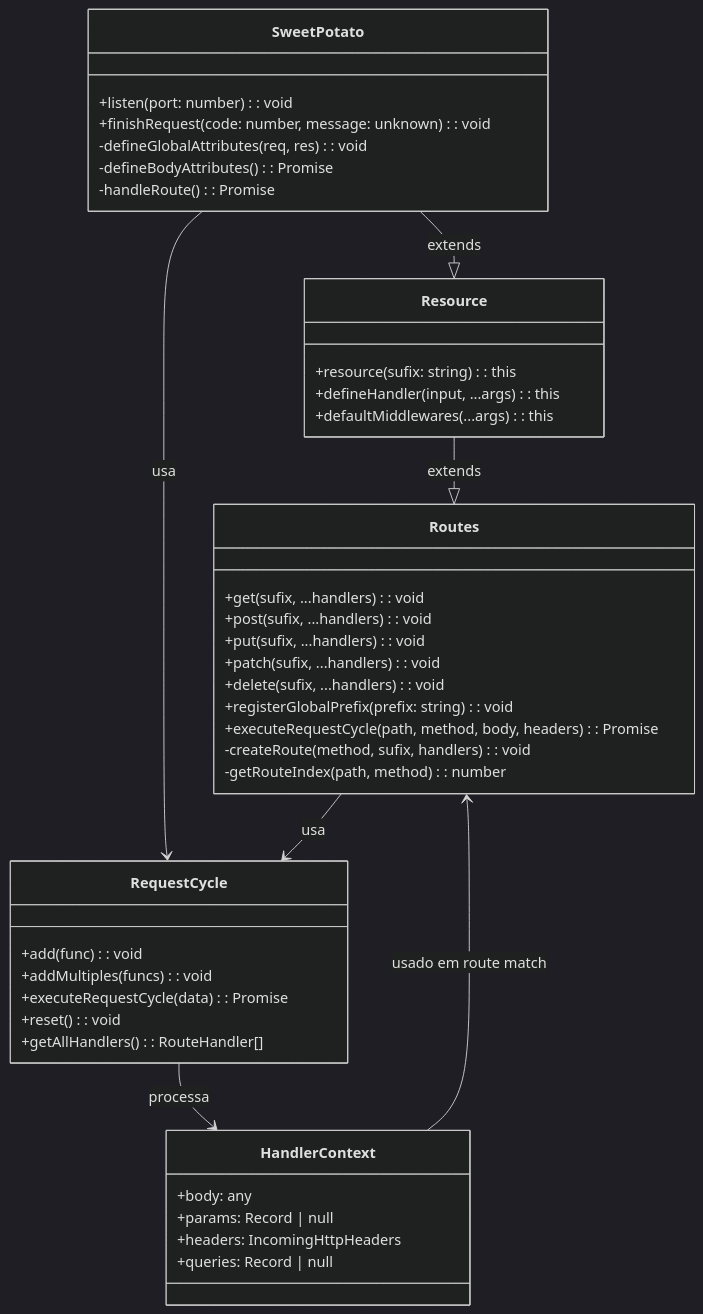
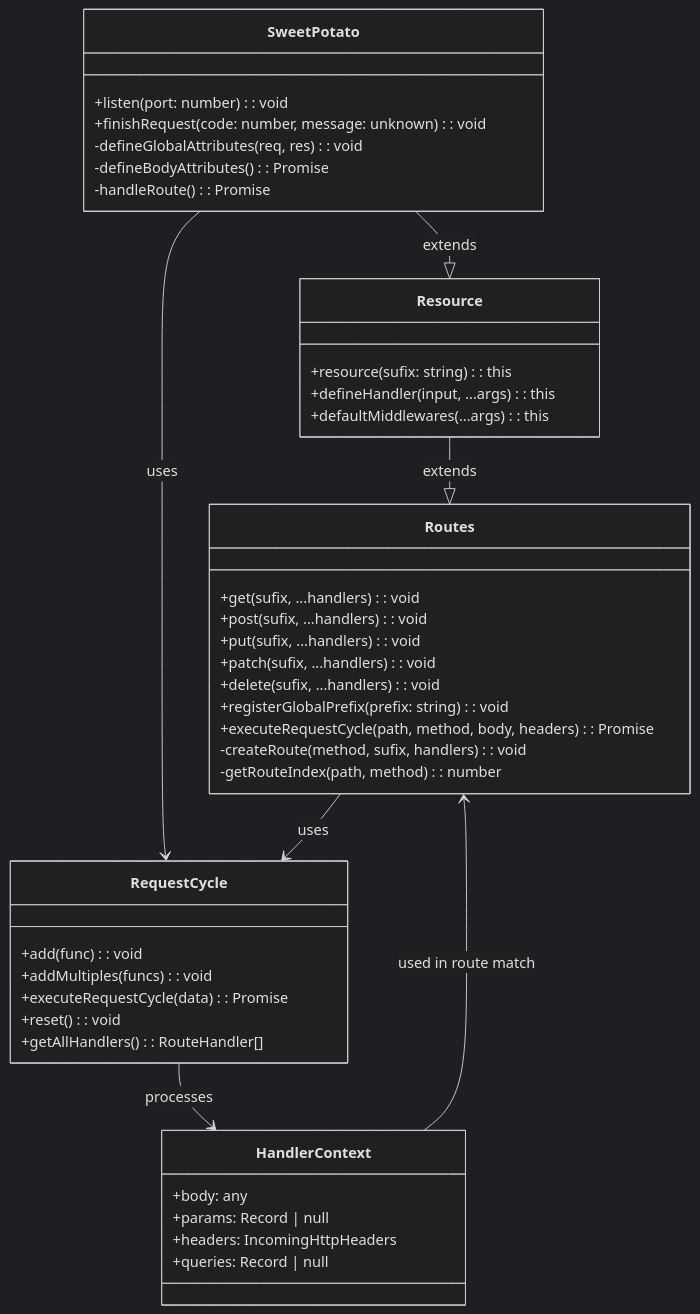
One commit to NathanGdS/potato-framework changed the first of 2 diagrams in docs/02-arquitetura.md. Above: the diagram before and after it, drawn with Mermaid (dark theme). The commit also changed other lines of this file and 15 other files, not shown here.

````diff
--- a/docs/02-arquitetura.md
+++ b/docs/02-arquitetura.md
@@ -9,50 +9,50 @@
 ```mermaid
 classDiagram
     class SweetPotato {
         +listen(port: number): void
         +finishRequest(code: number, message: unknown): void
         -defineGlobalAttributes(req, res): void
         -defineBodyAttributes(): Promise<void>
         -handleRoute(): Promise<void>
     }
 
     class Resource {
         +resource(sufix: string): this
         +defineHandler(input, ...args): this
         +defaultMiddlewares(...args): this
     }
 
     class Routes {
         +get(sufix, ...handlers): void
         +post(sufix, ...handlers): void
         +put(sufix, ...handlers): void
         +patch(sufix, ...handlers): void
         +delete(sufix, ...handlers): void
         +registerGlobalPrefix(prefix: string): void
         +executeRequestCycle(path, method, body, headers): Promise<void>
         -createRoute(method, sufix, handlers): void
         -getRouteIndex(path, method): number
     }
 
     class RequestCycle {
         +add(func): void
         +addMultiples(funcs): void
         +executeRequestCycle(data): Promise<void>
         +reset(): void
         +getAllHandlers(): RouteHandler[]
     }
 
     class HandlerContext {
         +body: any
         +params: Record<string, string> | null
         +headers: IncomingHttpHeaders
         +queries: Record<string, string> | null
     }
 
     SweetPotato --|> Resource : extends
     Resource --|> Routes : extends
-    SweetPotato --> RequestCycle : usa
-    Routes --> RequestCycle : usa
-    RequestCycle --> HandlerContext : processa
-    HandlerContext --> Routes : usado em route match
+    SweetPotato --> RequestCycle : uses
+    Routes --> RequestCycle : uses
+    RequestCycle --> HandlerContext : processes
+    HandlerContext --> Routes : used in route match
 ```
````
